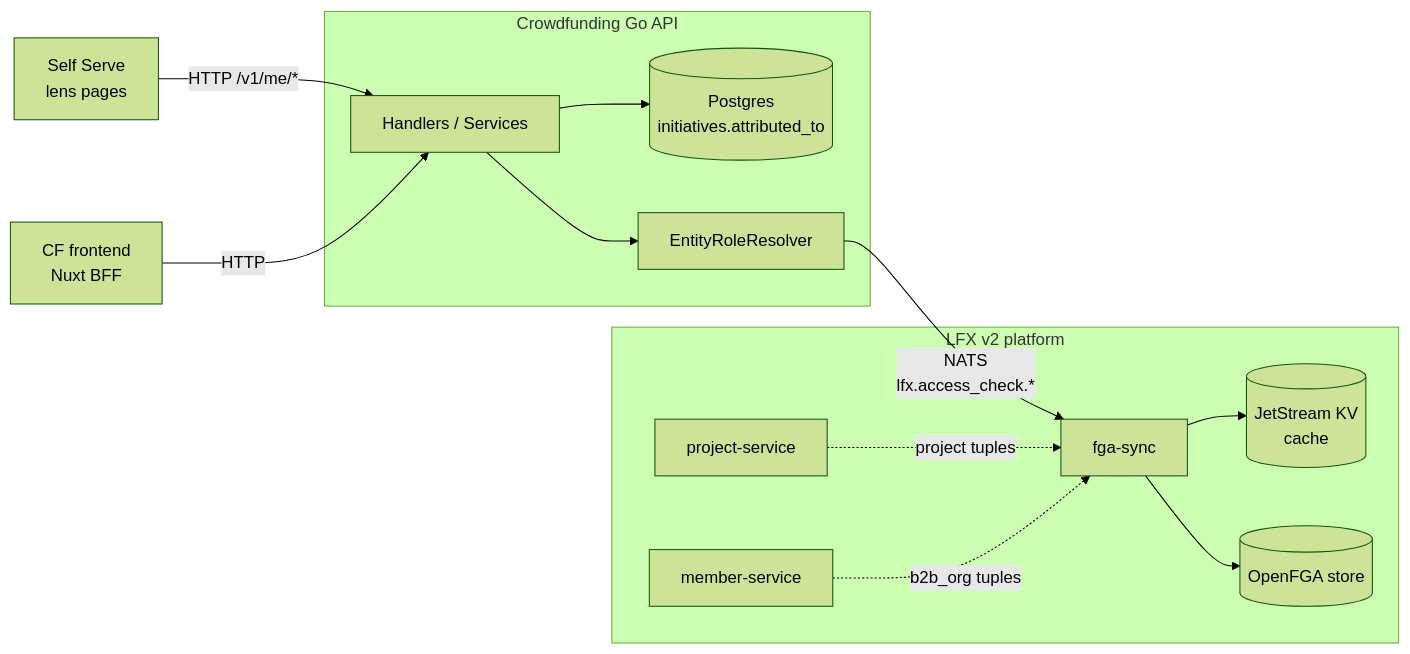
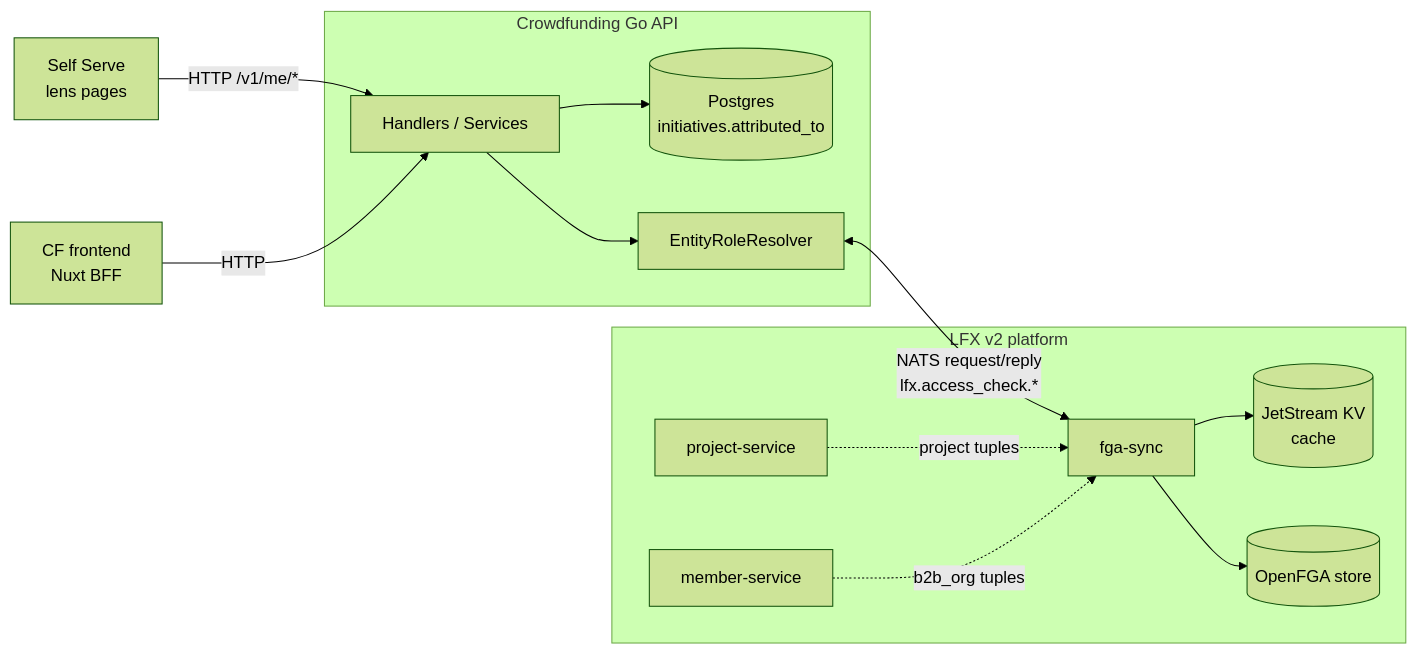
One commit to linuxfoundation/lfx-crowdfunding changed the second of 4 diagrams in backend/docs/rewrite/10-role-based-access-research.md. Above: the diagram before and after it, drawn with Mermaid (forest theme).

Commit message:
docs(rewrite): show fga-sync access check as NATS request/reply in diagram

````diff
--- a/backend/docs/rewrite/10-role-based-access-research.md
+++ b/backend/docs/rewrite/10-role-based-access-research.md
@@ -101,19 +101,19 @@
 ```mermaid
 flowchart LR
     SS[Self Serve<br/>lens pages] -->|HTTP /v1/me/*| API
     FE[CF frontend<br/>Nuxt BFF] -->|HTTP| API
 
     subgraph CF[Crowdfunding Go API]
         API[Handlers / Services] --> DB[(Postgres<br/>initiatives.attributed_to)]
         API --> RES[EntityRoleResolver]
     end
 
-    RES -->|NATS<br/>lfx.access_check.*| FGASYNC[fga-sync]
+    RES <-->|NATS request/reply<br/>lfx.access_check.*| FGASYNC[fga-sync]
 
     subgraph PLATFORM[LFX v2 platform]
         FGASYNC --> KV[(JetStream KV<br/>cache)]
         FGASYNC --> FGA[(OpenFGA store)]
         PS[project-service] -.->|project tuples| FGASYNC
         MS[member-service] -.->|b2b_org tuples| FGASYNC
     end
 ```
````
